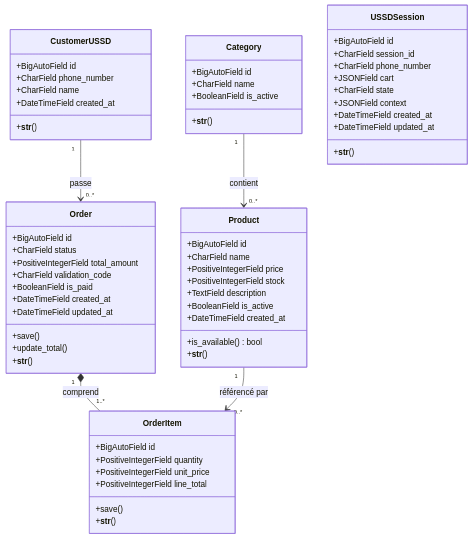
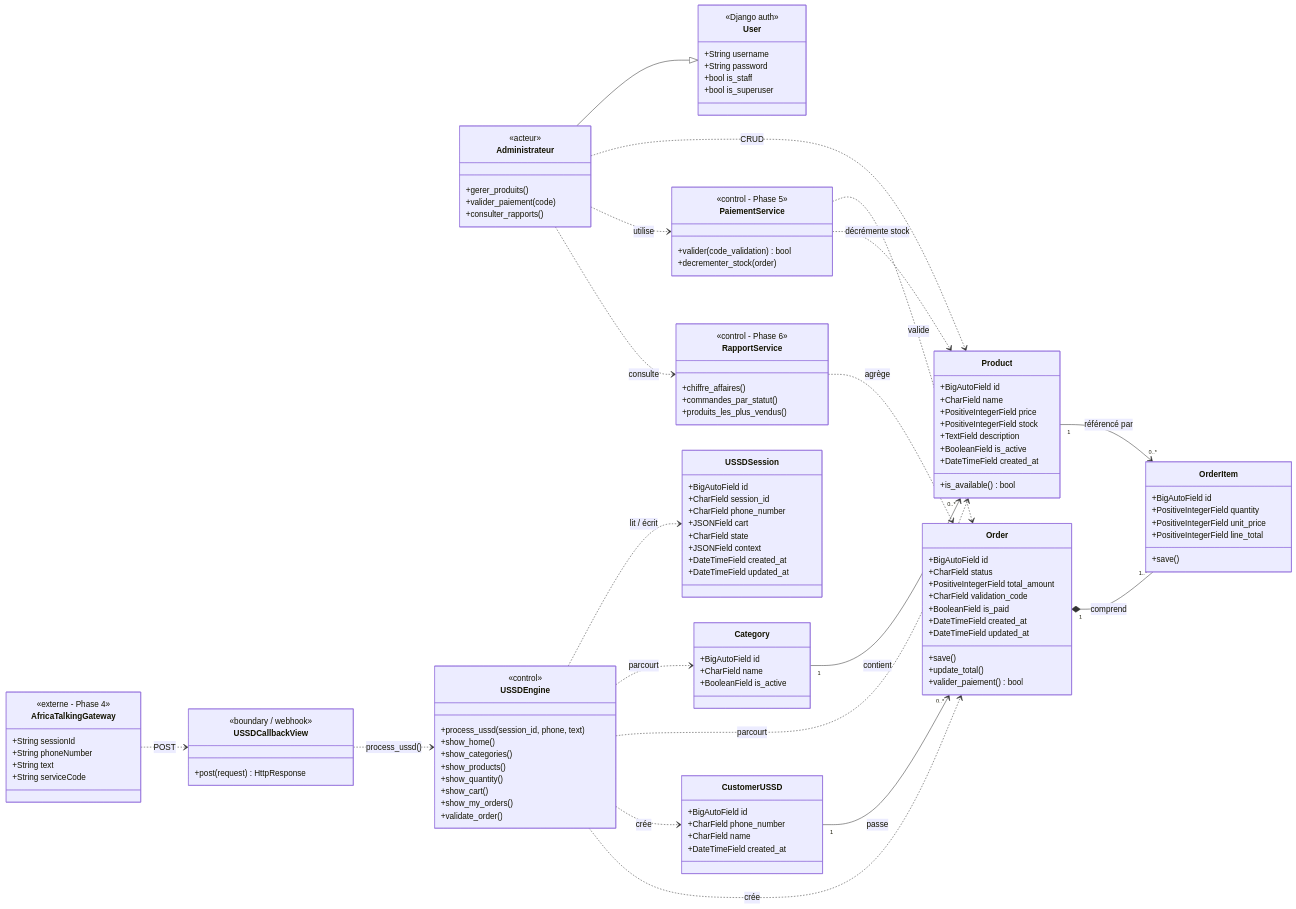
One commit to Fabrice62-pr/e-commerce_ussd changed the second of 4 diagrams in docs/Diagramme.md. Above: the diagram before and after it, drawn with Mermaid. The commit also changed other lines of this file, not shown here.

First line of the commit message:
Diagrammes : couverture complete du projet (parties developpees et a venir)

````diff
--- a/docs/Diagramme.md
+++ b/docs/Diagramme.md
@@ -18,10 +78,51 @@
 ```mermaid
 classDiagram
+    direction LR
+
+    %% ===== Acteurs / utilisateurs =====
+    class User {
+        <<Django auth>>
+        +String username
+        +String password
+        +bool is_staff
+        +bool is_superuser
+    }
+    class Administrateur {
+        <<acteur>>
+        +gerer_produits()
+        +valider_paiement(code)
+        +consulter_rapports()
+    }
+
+    %% ===== Passerelle & couche USSD =====
+    class AfricaTalkingGateway {
+        <<externe - Phase 4>>
+        +String sessionId
+        +String phoneNumber
+        +String text
+        +String serviceCode
+    }
+    class USSDCallbackView {
+        <<boundary / webhook>>
+        +post(request) HttpResponse
+    }
+    class USSDEngine {
+        <<control>>
+        +process_ussd(session_id, phone, text)
+        +show_home()
+        +show_categories()
+        +show_products()
+        +show_quantity()
+        +show_cart()
+        +show_my_orders()
+        +validate_order()
+    }
+
+    %% ===== Entités du domaine =====
     class Category {
         +BigAutoField id
         +CharField name
         +BooleanField is_active
-        +__str__()
     }
     class Product {
         +BigAutoField id
@@ -32,14 +133,12 @@
         +BooleanField is_active
         +DateTimeField created_at
         +is_available() bool
-        +__str__()
     }
     class CustomerUSSD {
         +BigAutoField id
         +CharField phone_number
         +CharField name
         +DateTimeField created_at
-        +__str__()
     }
     class Order {
         +BigAutoField id
@@ -51,7 +150,7 @@
         +DateTimeField updated_at
         +save()
         +update_total()
-        +__str__()
+        +valider_paiement() bool
     }
     class OrderItem {
         +BigAutoField id
@@ -59,7 +158,6 @@
         +PositiveIntegerField unit_price
         +PositiveIntegerField line_total
         +save()
-        +__str__()
     }
     class USSDSession {
         +BigAutoField id
@@ -70,9 +168,40 @@
         +JSONField context
         +DateTimeField created_at
         +DateTimeField updated_at
-        +__str__()
     }
 
+    %% ===== Services à venir =====
+    class PaiementService {
+        <<control - Phase 5>>
+        +valider(code_validation) bool
+        +decrementer_stock(order)
+    }
+    class RapportService {
+        <<control - Phase 6>>
+        +chiffre_affaires()
+        +commandes_par_statut()
+        +produits_les_plus_vendus()
+    }
+
+    %% ===== Relations d'usage (dépendances) =====
+    Administrateur --|> User
+    Administrateur ..> Product : CRUD
+    Administrateur ..> PaiementService : utilise
+    Administrateur ..> RapportService : consulte
+
+    AfricaTalkingGateway ..> USSDCallbackView : POST
+    USSDCallbackView ..> USSDEngine : process_ussd()
+    USSDEngine ..> USSDSession : lit / écrit
+    USSDEngine ..> Category : parcourt
+    USSDEngine ..> Product : parcourt
+    USSDEngine ..> CustomerUSSD : crée
+    USSDEngine ..> Order : crée
+
+    PaiementService ..> Order : valide
+    PaiementService ..> Product : décrémente stock
+    RapportService ..> Order : agrège
+
+    %% ===== Associations structurelles (le modèle de données) =====
     Category "1" --> "0..*" Product : contient
     CustomerUSSD "1" --> "0..*" Order : passe
     Order "1" *-- "1..*" OrderItem : comprend
````
